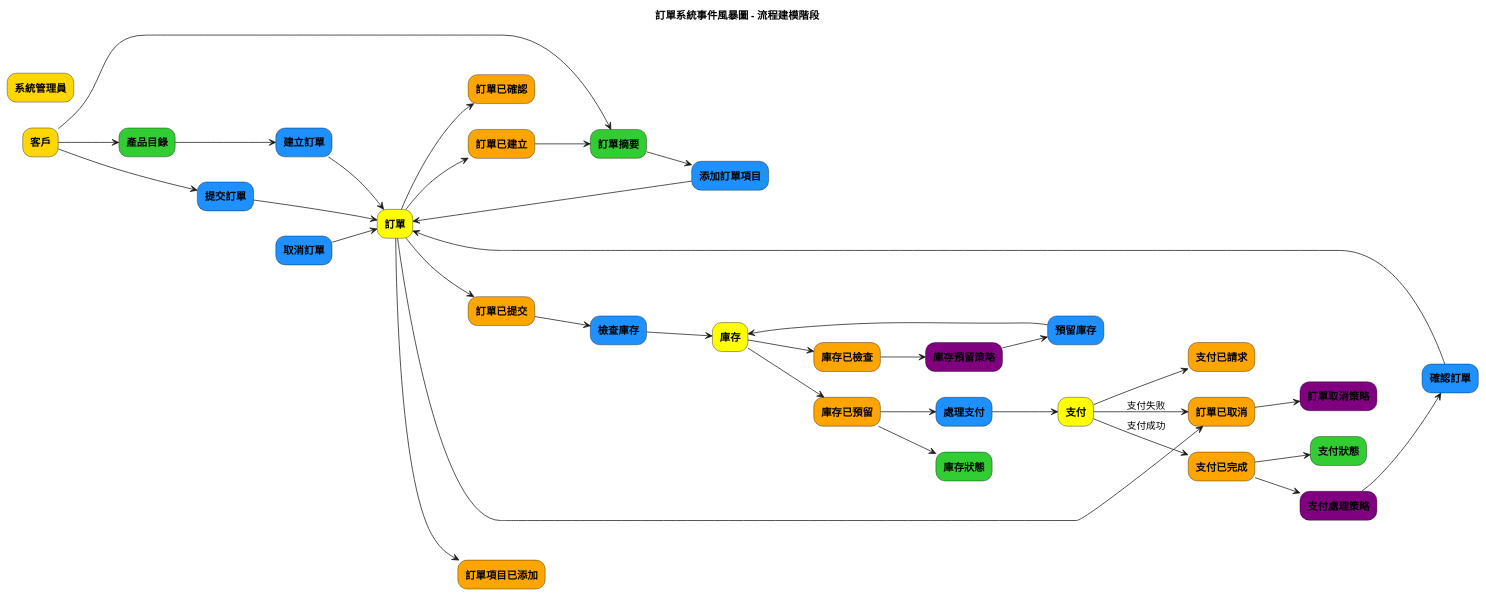
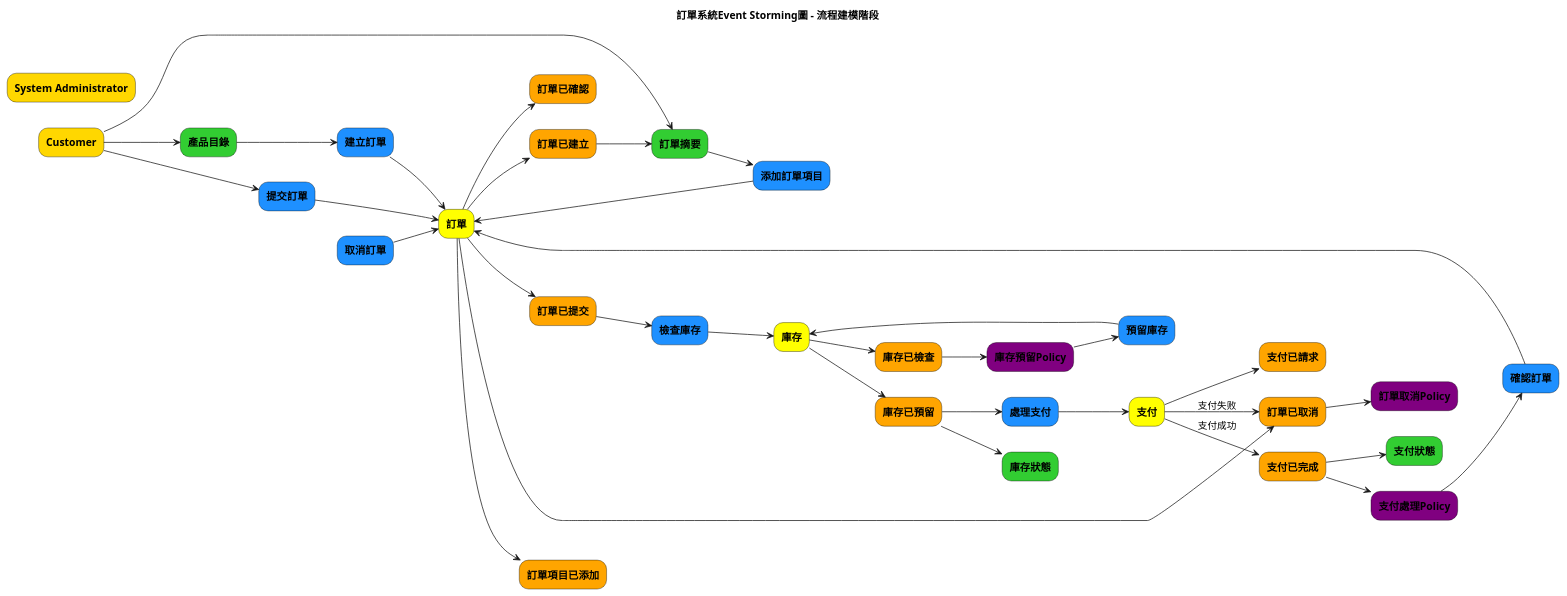
Before and after one commit to humank/genai-demo: the second of 9 diagrams in docs/en/diagrams/plantuml/es-gen-guidance.md, drawn with PlantUML. The commit also changed other lines of this file and 583 other files, not shown here.

```diff
--- a/docs/en/diagrams/plantuml/es-gen-guidance.md
+++ b/docs/en/diagrams/plantuml/es-gen-guidance.md
@@ -151,11 +149,11 @@
     FontStyle bold
 }
 
-title 訂單系統事件風暴圖 - 流程建模階段
+title 訂單系統Event Storming圖 - 流程建模階段
 
 ' 参与者
-rectangle "客戶" as Customer #FFD700
-rectangle "系統管理員" as Admin #FFD700
+rectangle "Customer" as Customer #FFD700
+rectangle "System Administrator" as Admin #FFD700
 
 ' 读模型
 rectangle "產品目錄" as ProductCatalogReadModel #32CD32
@@ -163,7 +161,7 @@
 rectangle "庫存狀態" as InventoryStatusReadModel #32CD32
 rectangle "支付狀態" as PaymentStatusReadModel #32CD32
 
-' 命令
+' Command
 rectangle "建立訂單" as CreateOrderCommand #1E90FF
 rectangle "添加訂單項目" as AddOrderItemCommand #1E90FF
 rectangle "提交訂單" as SubmitOrderCommand #1E90FF
@@ -173,7 +171,7 @@
 rectangle "確認訂單" as ConfirmOrderCommand #1E90FF
 rectangle "取消訂單" as CancelOrderCommand #1E90FF
 
-' 聚合
+' Aggregate
 rectangle "訂單" as OrderAggregate #FFFF00
 rectangle "庫存" as InventoryAggregate #FFFF00
 rectangle "支付" as PaymentAggregate #FFFF00
@@ -189,10 +187,10 @@
 rectangle "訂單已確認" as OrderConfirmedEvent #FFA500
 rectangle "訂單已取消" as OrderCancelledEvent #FFA500
 
-' 策略
-rectangle "庫存預留策略" as InventoryReservationPolicy #800080
-rectangle "支付處理策略" as PaymentProcessingPolicy #800080
-rectangle "訂單取消策略" as OrderCancellationPolicy #800080
+' Policy
+rectangle "庫存預留Policy" as InventoryReservationPolicy #800080
+rectangle "支付處理Policy" as PaymentProcessingPolicy #800080
+rectangle "訂單取消Policy" as OrderCancellationPolicy #800080
 
 ' 流程连接
 ' 订单创建流程
```
